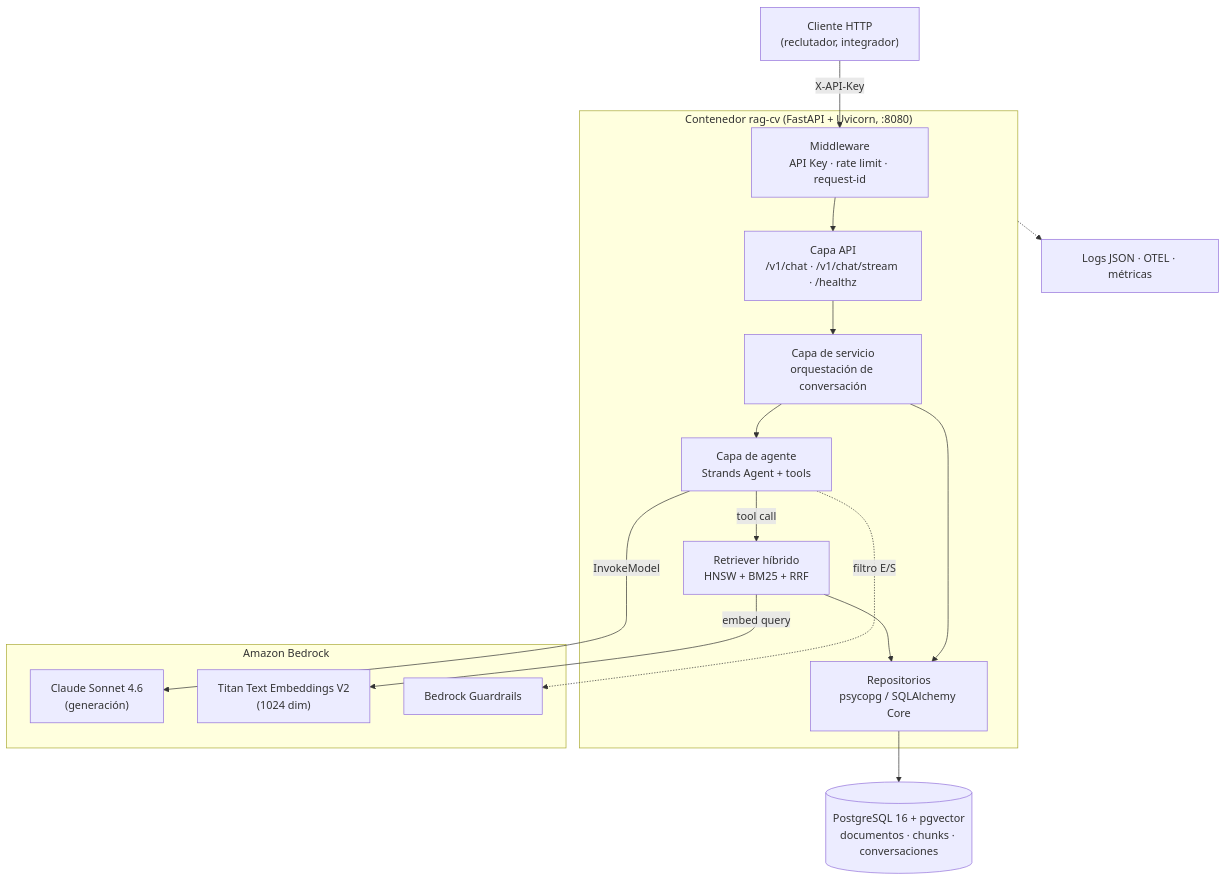
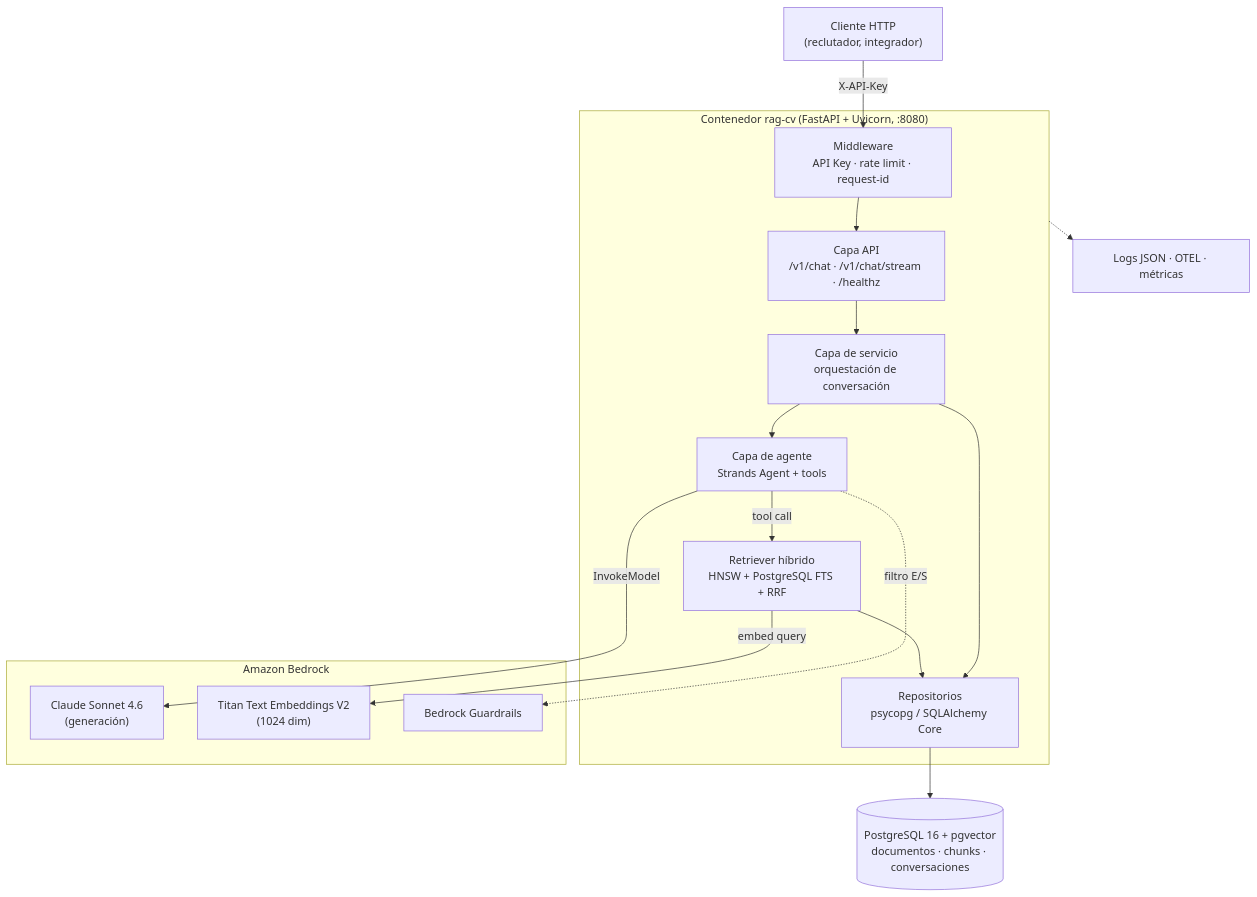
Before and after one commit to e2lira/rag-cv: the diagram in docs/rfc/RFC-0001-arquitectura-general.md, drawn with Mermaid. The commit also changed 7 other files, not shown here.

Commit message:
docs(retrieval): adopt PostgreSQL FTS and RRF

````diff
--- a/docs/rfc/RFC-0001-arquitectura-general.md
+++ b/docs/rfc/RFC-0001-arquitectura-general.md
@@ -30,27 +30,27 @@
 ```mermaid
 flowchart TB
     C["Cliente HTTP<br/>(reclutador, integrador)"]
     subgraph APP["Contenedor rag-cv (FastAPI + Uvicorn, :8080)"]
         MW["Middleware<br/>API Key · rate limit · request-id"]
         API["Capa API<br/>/v1/chat · /v1/chat/stream · /healthz"]
         SVC["Capa de servicio<br/>orquestación de conversación"]
         AG["Capa de agente<br/>Strands Agent + tools"]
-        RET["Retriever híbrido<br/>HNSW + BM25 + RRF"]
+        RET["Retriever híbrido<br/>HNSW + PostgreSQL FTS + RRF"]
         REPO["Repositorios<br/>psycopg / SQLAlchemy Core"]
     end
     subgraph AWS["Amazon Bedrock"]
         LLM["Claude Sonnet 4.6<br/>(generación)"]
         EMB["Titan Text Embeddings V2<br/>(1024 dim)"]
         GR["Bedrock Guardrails"]
     end
     DB[("PostgreSQL 16 + pgvector<br/>documentos · chunks · conversaciones")]
     OBS["Logs JSON · OTEL · métricas"]
 
     C -->|"X-API-Key"| MW --> API --> SVC --> AG
     AG -->|tool call| RET --> REPO --> DB
     AG -->|InvokeModel| LLM
     RET -->|embed query| EMB
     AG -.->|filtro E/S| GR
     SVC --> REPO
     APP -.-> OBS
 ```
````
